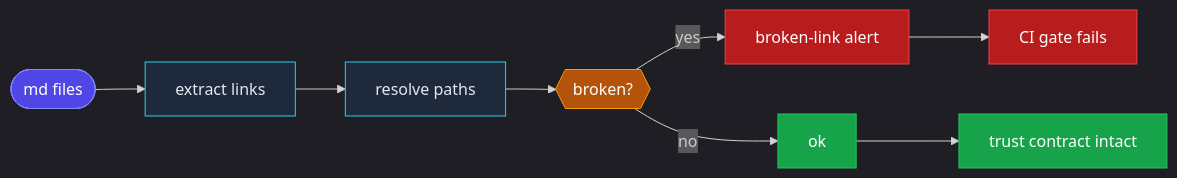
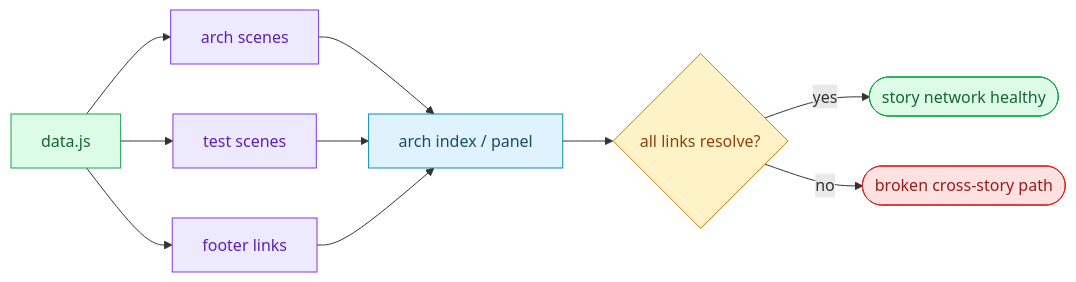
The diagram in .claude/docs/test/scene-5-cross-story-integration-regression/index.md (effiy/YrY), drawn with Mermaid before and after one commit. The commit also changed other lines of this file and 32 other files, not shown here.

First line of the commit message:
docs: standardize mermaid diagrams and add summaries

````diff
--- a/.claude/docs/test/scene-5-cross-story-integration-regression/index.md
+++ b/.claude/docs/test/scene-5-cross-story-integration-regression/index.md
@@ -20,26 +10,19 @@
 ```mermaid
-%%{init: {'theme':'dark','flowchart':{'htmlLabels':true}}}%%
 flowchart LR
-  A([md files]):::input
-  B[extract links]:::step
-  C[resolve paths]:::step
-  D{{broken?}}:::decision
-  E[broken-link alert]:::fail
-  F[ok]:::pass
-  G[CI gate fails]:::fail
-  H[trust contract intact]:::pass
+  hub[data.js]:::source --> arch[arch scenes]:::doc
+  hub --> test[test scenes]:::doc
+  hub --> footer[footer links]:::doc
+  arch --> home[arch index / panel]:::check
+  test --> home
+  footer --> home
+  home --> gate{all links resolve?}:::decision
+  gate -->|yes| pass([story network healthy]):::done
+  gate -->|no| fail([broken cross-story path]):::risk
 
-  A --> B
-  B --> C
-  C --> D
-  D -- yes --> E
-  D -- no --> F
-  E --> G
-  F --> H
-
-  classDef input fill:#4f46e5,stroke:#818cf8,color:#fff
-  classDef step fill:#1e293b,stroke:#22d3ee,color:#e2e8f0
-  classDef decision fill:#b45309,stroke:#f59e0b,color:#fff
-  classDef pass fill:#16a34a,stroke:#22c55e,color:#fff
-  classDef fail fill:#b91c1c,stroke:#ef4444,color:#fff
+  classDef source fill:#dcfce7,stroke:#16a34a,color:#166534
+  classDef doc fill:#ede9fe,stroke:#7c3aed,color:#5b21b6
+  classDef check fill:#e0f2fe,stroke:#0891b2,color:#164e63
+  classDef decision fill:#fef3c7,stroke:#d97706,color:#92400e
+  classDef done fill:#dcfce7,stroke:#16a34a,color:#166534
+  classDef risk fill:#fee2e2,stroke:#dc2626,color:#991b1b
 ```
````
